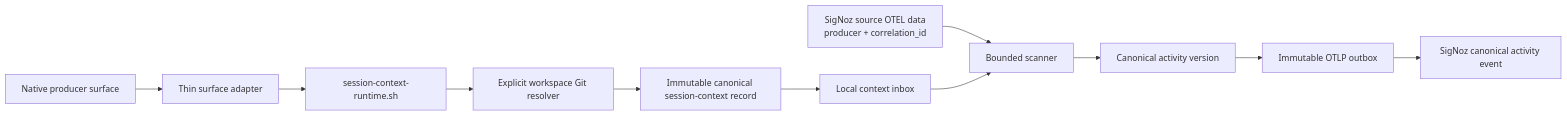
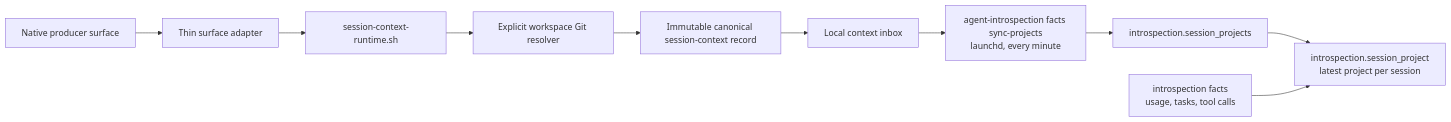
The diagram in .agents/skills/introspection-onboarding/scripts/README.md (adam-jackson-cf/agent-introspection), drawn with Mermaid before and after one commit. The commit also changed other lines of this file and 140 other files, not shown here.

````diff
--- a/.agents/skills/introspection-onboarding/scripts/README.md
+++ b/.agents/skills/introspection-onboarding/scripts/README.md
@@ -20,13 +20,12 @@
 ```mermaid
 flowchart LR
     native[Native producer surface] --> adapter[Thin surface adapter]
     adapter --> runtime[session-context-runtime.sh]
     runtime --> git[Explicit workspace Git resolver]
     git --> record[Immutable canonical session-context record]
     record --> inbox[Local context inbox]
-    otel[SigNoz source OTEL data\nproducer + correlation_id] --> scan[Bounded scanner]
-    inbox --> scan
-    scan --> activity[Canonical activity version]
-    activity --> outbox[Immutable OTLP outbox]
-    outbox --> signoz[SigNoz canonical activity event]
+    inbox --> sync[agent-introspection facts sync-projects\nlaunchd, every minute]
+    sync --> table[introspection.session_projects]
+    table --> view[introspection.session_project\nlatest project per session]
+    facts[introspection facts\nusage, tasks, tool calls] --> view
 ```
````
